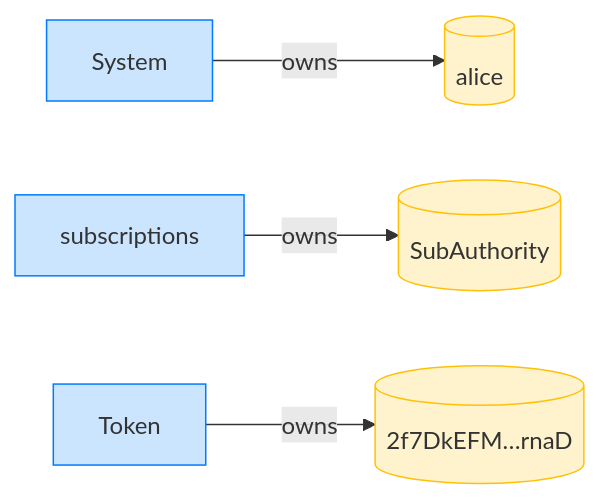
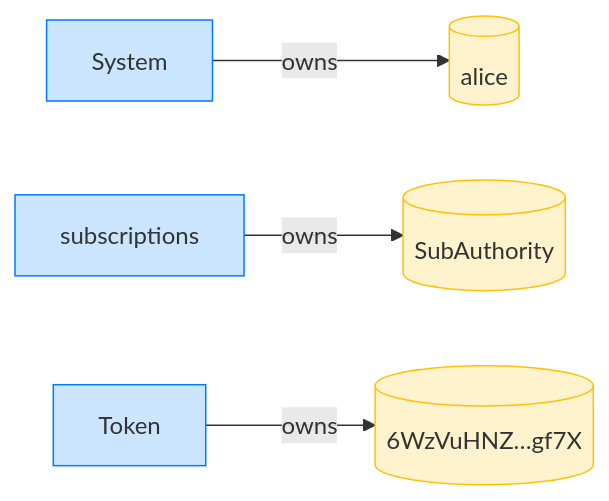
The fourth of 12 diagrams in dsl_tests/fixed-transfer-succeeds.md (cds-rs/subscriptions), drawn with Mermaid before and after one commit. The commit also changed other lines of this file and 224 other files, not shown here.

````diff
--- a/dsl_tests/fixed-transfer-succeeds.md
+++ b/dsl_tests/fixed-transfer-succeeds.md
@@ -73,14 +78,14 @@
 ```mermaid
 flowchart LR
     classDef owner fill:#cce5ff,stroke:#007bff;
     classDef account fill:#fff3cd,stroke:#ffc107;
     System[System]:::owner
     alice[(alice)]:::account
     subscriptions[subscriptions]:::owner
     SubAuthority[(SubAuthority)]:::account
     Token[Token]:::owner
-    2f7DkEFM_rnaD[("2f7DkEFM…rnaD")]:::account
+    6WzVuHNZ_gf7X[("6WzVuHNZ…gf7X")]:::account
     System -->|owns| alice
     subscriptions -->|owns| SubAuthority
-    Token -->|owns| 2f7DkEFM_rnaD
+    Token -->|owns| 6WzVuHNZ_gf7X
 ```
````
